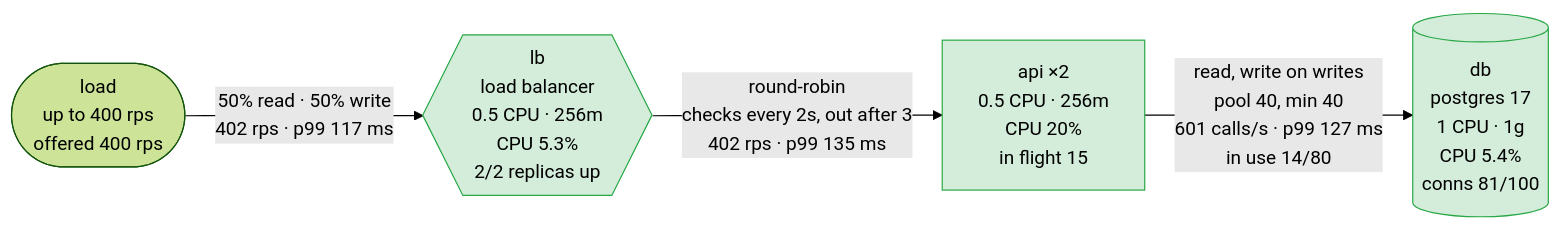
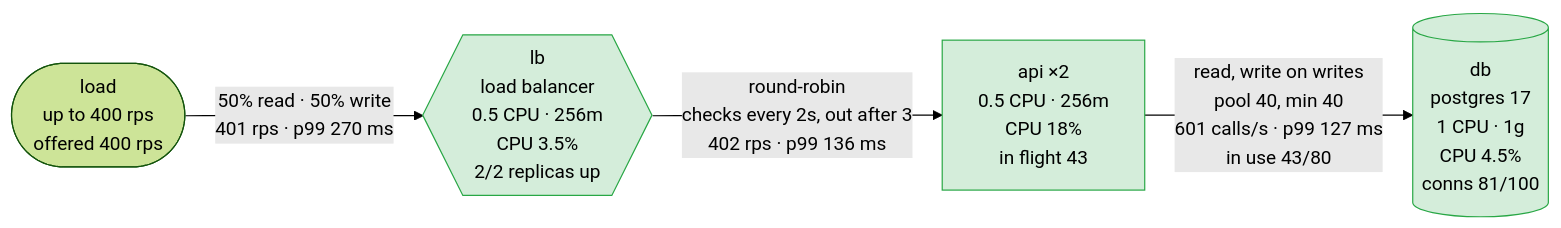
One commit to akinfemi/load-lore changed the first of 5 diagrams in scenarios/slow-disk/solutions/more-connections/report.md. Above: the diagram before and after it, drawn with Mermaid (forest theme). The commit also changed other lines of this file and 71 other files, not shown here.

````diff
--- a/scenarios/slow-disk/solutions/more-connections/report.md
+++ b/scenarios/slow-disk/solutions/more-connections/report.md
@@ -15,14 +15,14 @@
 ```mermaid
 flowchart LR
     load(["load<br/>up to 400 rps<br/>offered 400 rps"])
-    lb{{"lb<br/>load balancer<br/>0.5 CPU · 256m<br/>CPU 5.3%<br/>2/2 replicas up"}}
-    api["api ×2<br/>0.5 CPU · 256m<br/>CPU 20%<br/>in flight 15"]
-    db[("db<br/>postgres 17<br/>1 CPU · 1g<br/>CPU 5.4%<br/>conns 81/100")]
-    load -->|"50% read · 50% write<br/>402 rps · p99 117 ms"| lb
-    lb -->|"round-robin<br/>checks every 2s, out after 3<br/>402 rps · p99 135 ms"| api
-    api -->|"read, write on writes<br/>pool 40, min 40<br/>601 calls/s · p99 127 ms<br/>in use 14/80"| db
+    lb{{"lb<br/>load balancer<br/>0.5 CPU · 256m<br/>CPU 3.5%<br/>2/2 replicas up"}}
+    api["api ×2<br/>0.5 CPU · 256m<br/>CPU 18%<br/>in flight 43"]
+    db[("db<br/>postgres 17<br/>1 CPU · 1g<br/>CPU 4.5%<br/>conns 81/100")]
+    load -->|"50% read · 50% write<br/>401 rps · p99 270 ms"| lb
+    lb -->|"round-robin<br/>checks every 2s, out after 3<br/>402 rps · p99 136 ms"| api
+    api -->|"read, write on writes<br/>pool 40, min 40<br/>601 calls/s · p99 127 ms<br/>in use 43/80"| db
     classDef ok fill:#d4edda,stroke:#28a745,color:#000
     classDef warm fill:#fff3cd,stroke:#d39e00,color:#000
     classDef hot fill:#f8d7da,stroke:#dc3545,color:#000
     class lb,api,db ok
 ```
````
